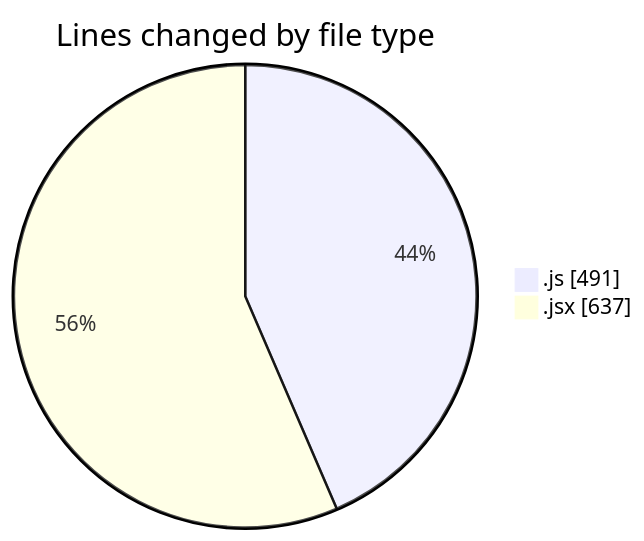
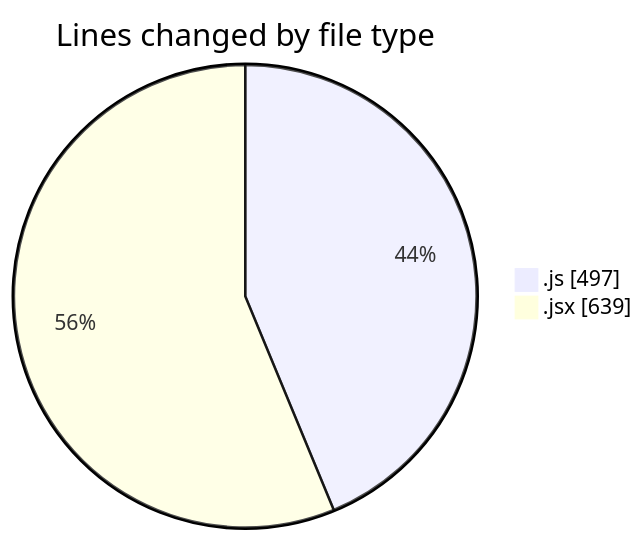
Before and after one commit to nxtqubesakshisongat/code-tracking: the first of 2 diagrams in 2025-07-01/argos/README.md, drawn with Mermaid. The commit also changed other lines of this file and 1 other file, not shown here.

````diff
--- a/2025-07-01/argos/README.md
+++ b/2025-07-01/argos/README.md
@@ -22,6 +22,6 @@
 ```mermaid
 pie showData
 title Lines changed by file type
-".js" : 491
-".jsx" : 637
+".js" : 497
+".jsx" : 639
 ```
````
